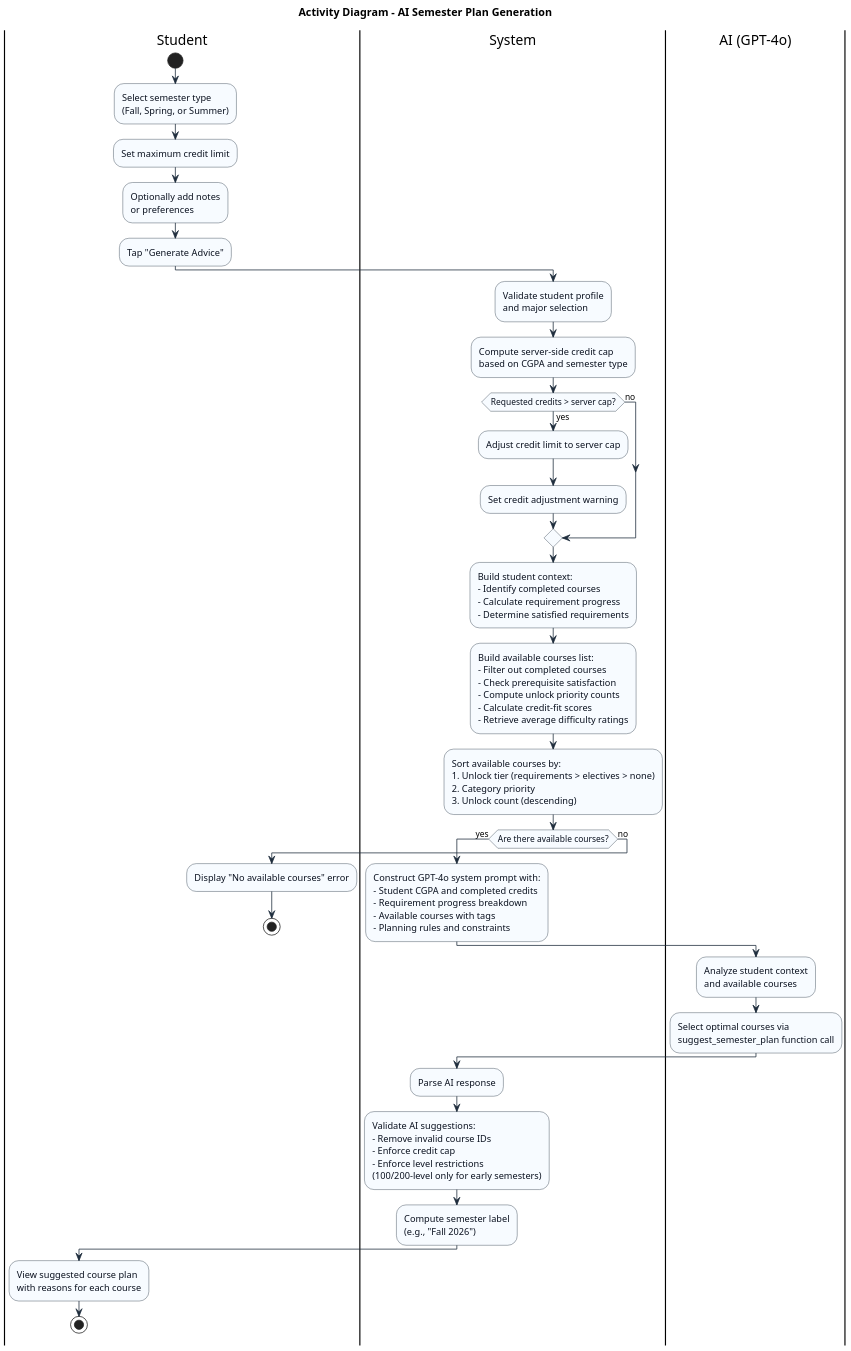
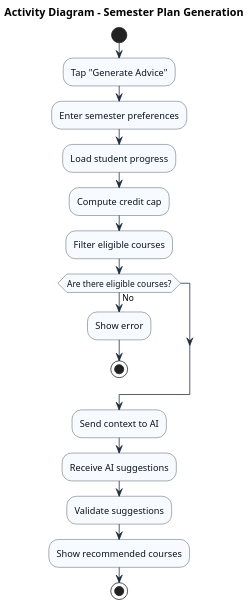
One commit to idrisaltamimi/smart-advisor changed the second of 4 diagrams in docs/activity-diagrams.md. Above: the diagram before and after it, drawn with PlantUML. The commit also changed other lines of this file, not shown here.

Commit message:
added activity diagrams

````diff
--- a/docs/activity-diagrams.md
+++ b/docs/activity-diagrams.md
@@ -84,86 +64,27 @@
 skinparam ActivityDiamondBackgroundColor #F7FBFF
 skinparam ActivityDiamondBorderColor #1F2D3D
 
-title Activity Diagram – AI Semester Plan Generation
+title Activity Diagram – Semester Plan Generation
 
-|Student|
 start
-:Select semester type
-(Fall, Spring, or Summer);
+:Tap "Generate Advice";
+:Enter semester preferences;
 
-:Set maximum credit limit;
+:Load student progress;
+:Compute credit cap;
+:Filter eligible courses;
 
-:Optionally add notes
-or preferences;
-
-:Tap "Generate Advice";
-
-|System|
-:Validate student profile
-and major selection;
-
-:Compute server-side credit cap
-based on CGPA and semester type;
-
-if (Requested credits > server cap?) then (yes)
-  :Adjust credit limit to server cap;
-  :Set credit adjustment warning;
-else (no)
-endif
-
-:Build student context:
-- Identify completed courses
-- Calculate requirement progress
-- Determine satisfied requirements;
-
-:Build available courses list:
-- Filter out completed courses
-- Check prerequisite satisfaction
-- Compute unlock priority counts
-- Calculate credit-fit scores
-- Retrieve average difficulty ratings;
-
-:Sort available courses by:
-1. Unlock tier (requirements > electives > none)
-2. Category priority
-3. Unlock count (descending);
-
-if (Are there available courses?) then (yes)
-
-  :Construct GPT-4o system prompt with:
-  - Student CGPA and completed credits
-  - Requirement progress breakdown
-  - Available courses with tags
-  - Planning rules and constraints;
-
-  |AI (GPT-4o)|
-  :Analyze student context
-  and available courses;
-
-  :Select optimal courses via
-  suggest_semester_plan function call;
-
-  |System|
-  :Parse AI response;
-
-  :Validate AI suggestions:
-  - Remove invalid course IDs
-  - Enforce credit cap
-  - Enforce level restrictions
-  (100/200-level only for early semesters);
-
-  :Compute semester label
-  (e.g., "Fall 2026");
-
-  |Student|
-  :View suggested course plan
-  with reasons for each course;
-  stop
-
-else (no)
-  :Display "No available courses" error;
+if (Are there eligible courses?) then (No)
+  :Show error;
   stop
 endif
 
+:Send context to AI;
+:Receive AI suggestions;
+:Validate suggestions;
+
+:Show recommended courses;
+stop
+
 @enduml
 ```
````
